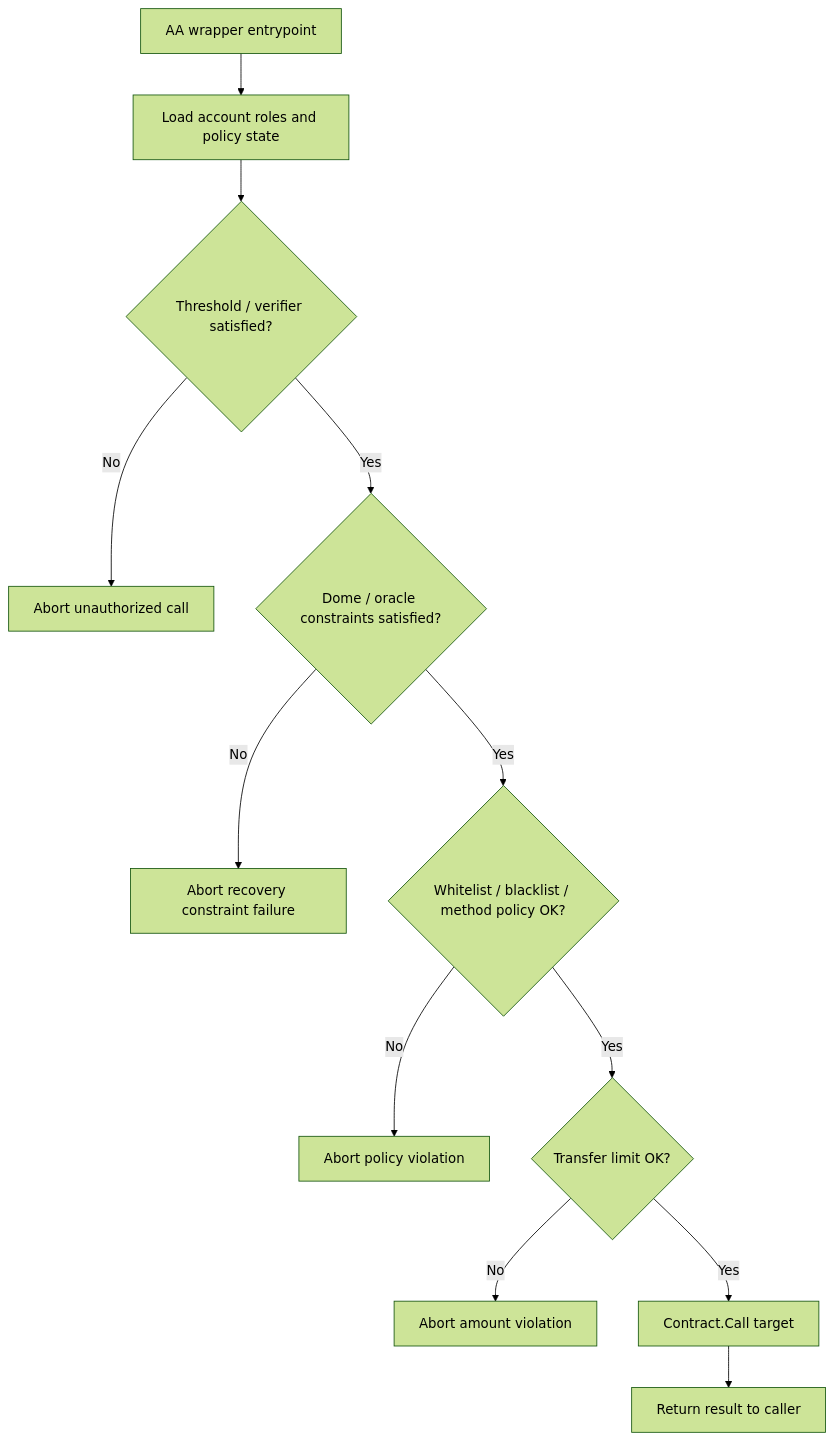
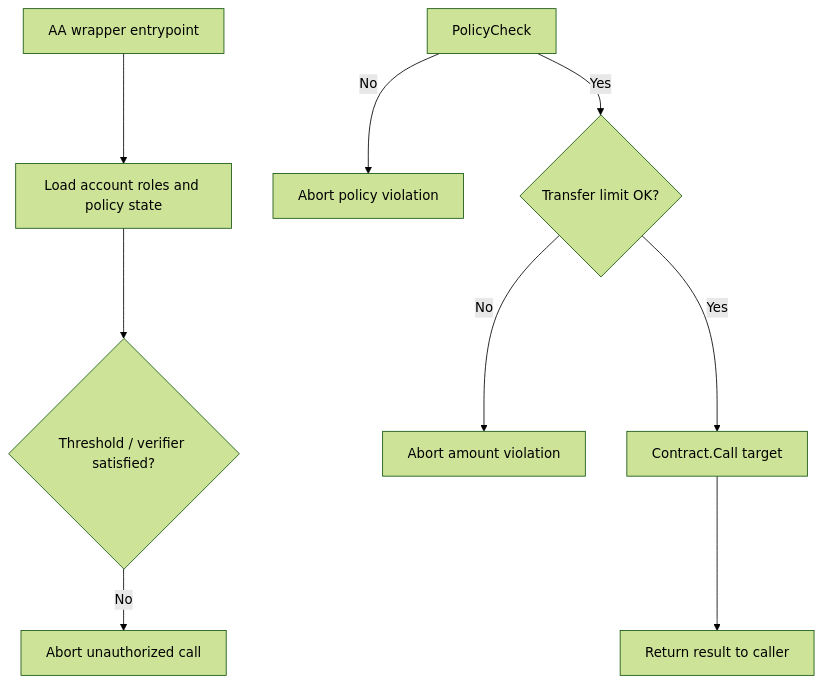
The third of 3 diagrams in frontend/src/assets/docs/architecture.md (r3e-network/neo-abstract-account), drawn with Mermaid (forest theme) before and after one commit. The commit also changed other lines of this file and 31 other files, not shown here.

Commit message:
refactor: remove Dome oracle system from frontend, docs, and SDK

````diff
--- a/frontend/src/assets/docs/architecture.md
+++ b/frontend/src/assets/docs/architecture.md
@@ -47,14 +46,11 @@
 ```mermaid
 flowchart TD
   Entry[AA wrapper entrypoint] --> Load[Load account roles and policy state]
   Load --> RoleCheck{Threshold / verifier satisfied?}
   RoleCheck -- No --> RejectA[Abort unauthorized call]
-  RoleCheck -- Yes --> DomeCheck{Dome / oracle constraints satisfied?}
-  DomeCheck -- No --> RejectB[Abort recovery constraint failure]
-  DomeCheck -- Yes --> PolicyCheck{Whitelist / blacklist / method policy OK?}
   PolicyCheck -- No --> RejectC[Abort policy violation]
   PolicyCheck -- Yes --> LimitCheck{Transfer limit OK?}
   LimitCheck -- No --> RejectD[Abort amount violation]
   LimitCheck -- Yes --> CallTarget[Contract.Call target]
   CallTarget --> Return[Return result to caller]
 ```
````
